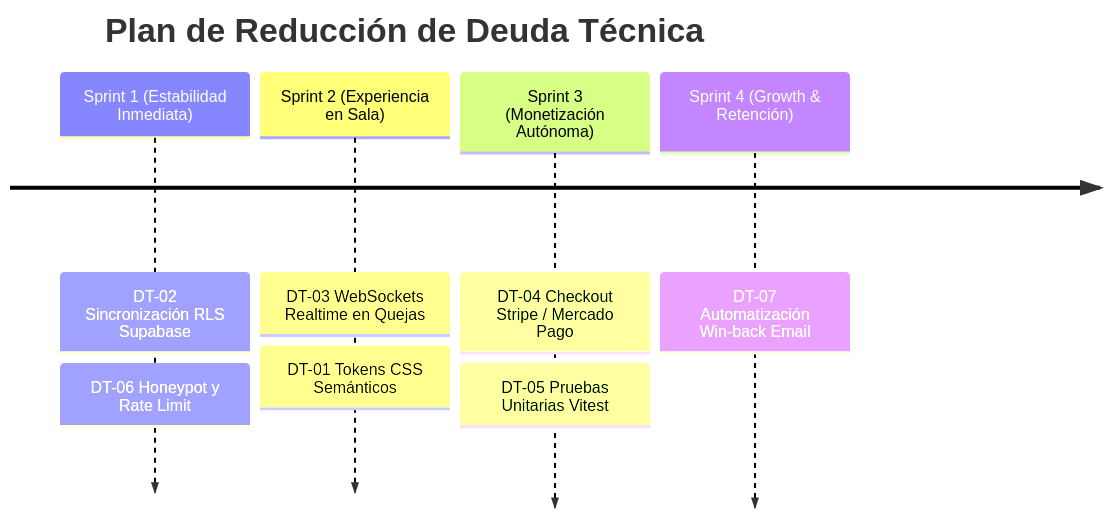
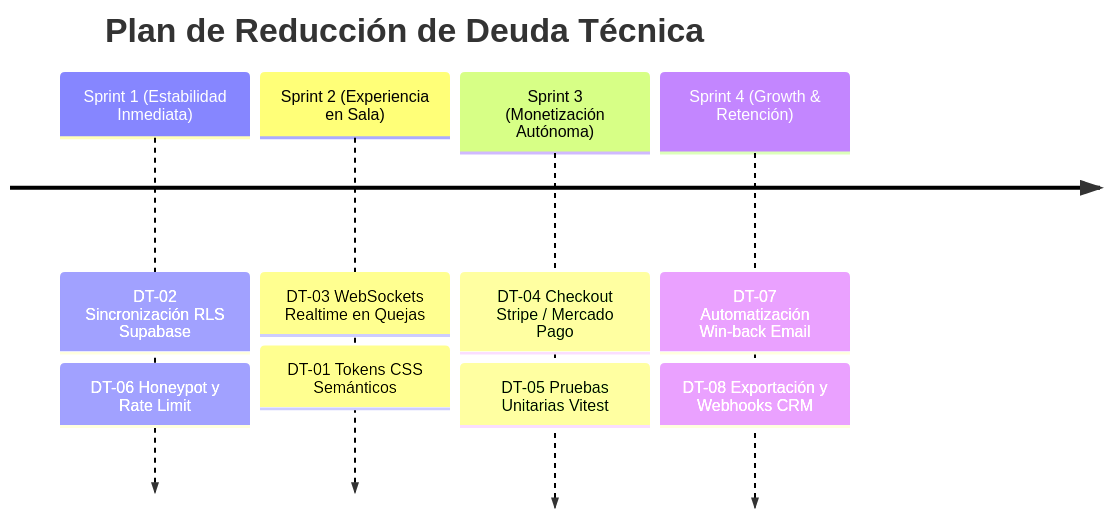
Before and after one commit to arteagaescorza-dev/google-reviews-nfc: the second of 2 diagrams in docs/DEUDA_TECNICA.md, drawn with Mermaid. The commit also changed other lines of this file and 1 other file, not shown here.

Commit message:
docs(spec): add DT-08 for CRM exports, register WhatsApp & Wallet reactivation, and formalize Multi-Coupon Wallet Passport

````diff
--- a/docs/DEUDA_TECNICA.md
+++ b/docs/DEUDA_TECNICA.md
@@ -147,8 +124,8 @@
 ```mermaid
 timeline
     title Plan de Reducción de Deuda Técnica
     Sprint 1 (Estabilidad Inmediata) : DT-02 Sincronización RLS Supabase : DT-06 Honeypot y Rate Limit
     Sprint 2 (Experiencia en Sala) : DT-03 WebSockets Realtime en Quejas : DT-01 Tokens CSS Semánticos
     Sprint 3 (Monetización Autónoma) : DT-04 Checkout Stripe / Mercado Pago : DT-05 Pruebas Unitarias Vitest
-    Sprint 4 (Growth & Retención) : DT-07 Automatización Win-back Email
+    Sprint 4 (Growth & Retención) : DT-07 Automatización Win-back Email : DT-08 Exportación y Webhooks CRM
 ```
````
